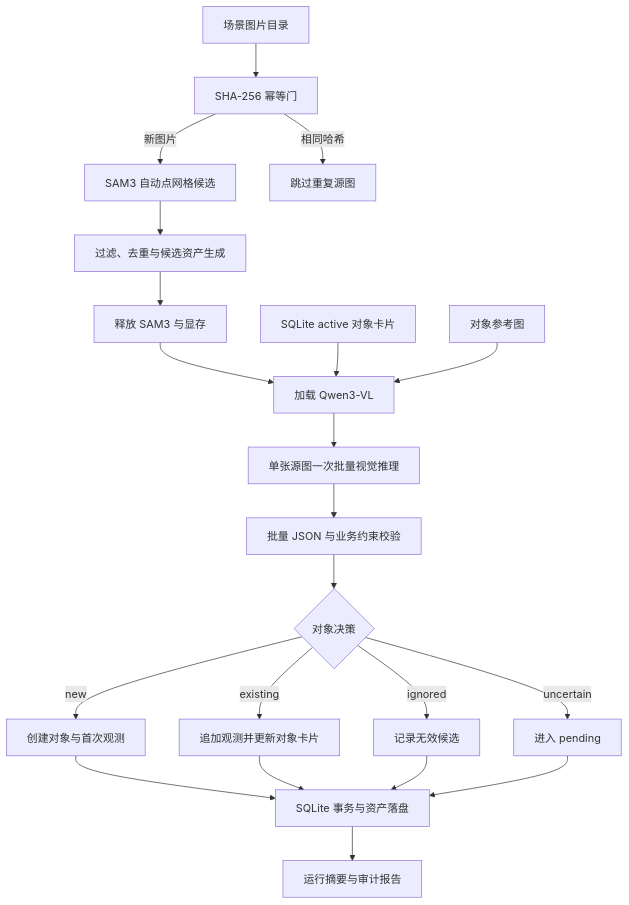
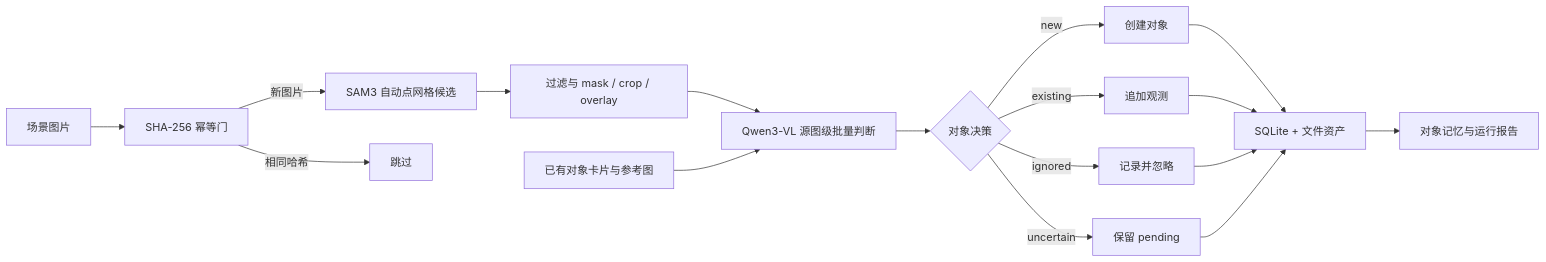
The diagram in README.md (xlcooper/Collection-Demo), drawn with Mermaid before and after one commit. The commit also changed other lines of this file and 762 other files, not shown here.

````diff
--- a/README.md
+++ b/README.md
@@ -121,23 +11,19 @@
 ```mermaid
-flowchart TD
-    A["场景图片目录"] --> B["SHA-256 幂等门"]
+flowchart LR
+    A["场景图片"] --> B["SHA-256 幂等门"]
     B -->|"新图片"| C["SAM3 自动点网格候选"]
-    B -->|"相同哈希"| Z["跳过重复源图"]
-    C --> D["过滤、去重与候选资产生成"]
-    D --> E["释放 SAM3 与显存"]
-    E --> F["加载 Qwen3-VL"]
-    M["SQLite active 对象卡片"] --> F
-    R["对象参考图"] --> F
-    F --> G["单张源图一次批量视觉推理"]
-    G --> H["批量 JSON 与业务约束校验"]
-    H --> I{"对象决策"}
-    I -->|"new"| J["创建对象与首次观测"]
-    I -->|"existing"| K["追加观测并更新对象卡片"]
-    I -->|"ignored"| L["记录无效候选"]
-    I -->|"uncertain"| N["进入 pending"]
-    J --> O["SQLite 事务与资产落盘"]
-    K --> O
-    L --> O
-    N --> O
-    O --> P["运行摘要与审计报告"]
+    B -->|"相同哈希"| Z["跳过"]
+    C --> D["过滤与 mask / crop / overlay"]
+    D --> E["Qwen3-VL 源图级批量判断"]
+    M["已有对象卡片与参考图"] --> E
+    E --> F{"对象决策"}
+    F -->|"new"| G["创建对象"]
+    F -->|"existing"| H["追加观测"]
+    F -->|"ignored"| I["记录并忽略"]
+    F -->|"uncertain"| J["保留 pending"]
+    G --> K["SQLite + 文件资产"]
+    H --> K
+    I --> K
+    J --> K
+    K --> L["对象记忆与运行报告"]
 ```
````
